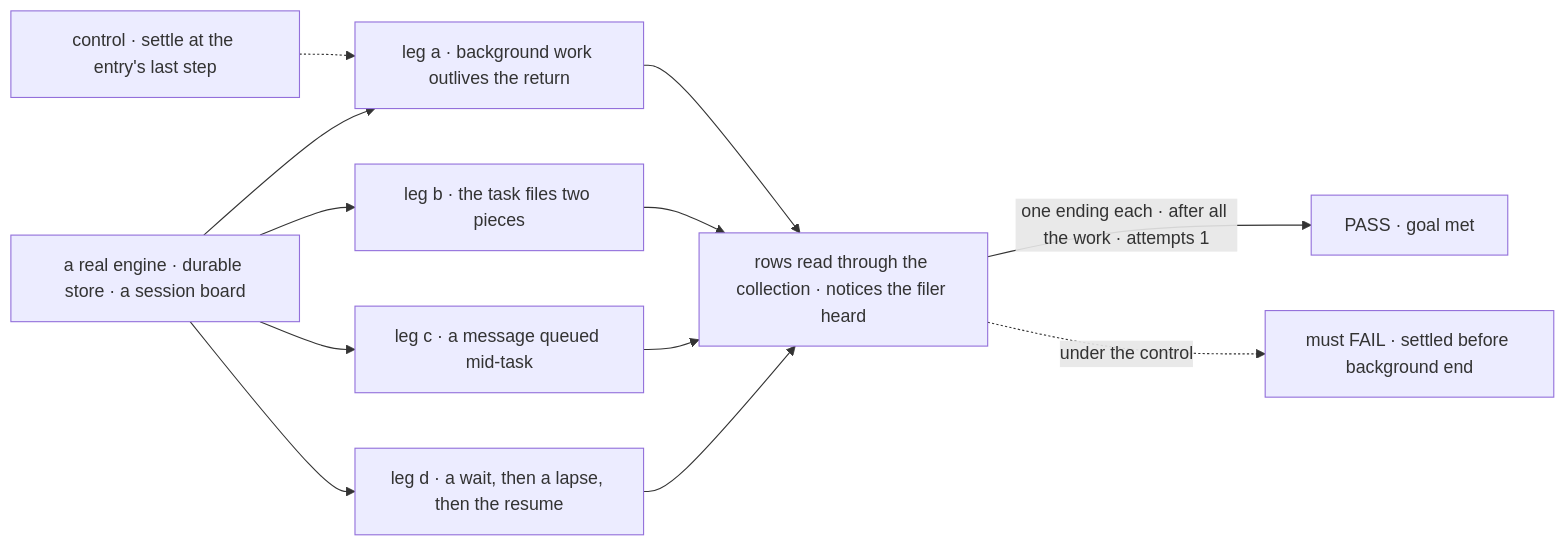
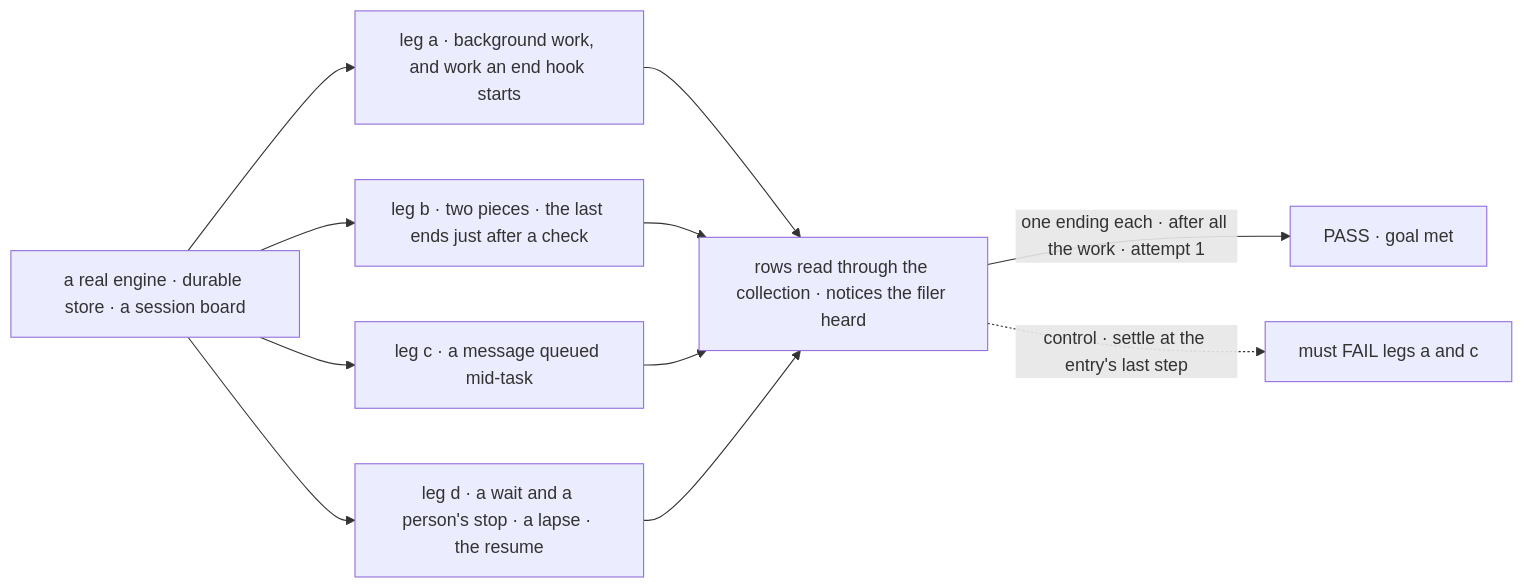
Before and after one commit to fixpoint-labs/flow-state-dev: the first of 2 diagrams in specs/issues/FIX-2077/SPEC.md, drawn with Mermaid. The commit also changed other lines of this file and 4 other files, not shown here.

First line of the commit message:
spec(FIX-2077): round 1, check after the engine's last drain; D2 decided

````diff
--- a/specs/issues/FIX-2077/SPEC.md
+++ b/specs/issues/FIX-2077/SPEC.md
@@ -29,14 +29,13 @@
 ```mermaid
 flowchart LR
-  A["a real engine · durable store · a session board"] --> L1["leg a · background work outlives the return"]
-  A --> L2["leg b · the task files two pieces"]
+  A["a real engine · durable store · a session board"] --> L1["leg a · background work, and work an end hook starts"]
+  A --> L2["leg b · two pieces · the last ends just after a check"]
   A --> L3["leg c · a message queued mid-task"]
-  A --> L4["leg d · a wait, then a lapse, then the resume"]
+  A --> L4["leg d · a wait and a person's stop · a lapse · the resume"]
   L1 --> R["rows read through the collection · notices the filer heard"]
   L2 --> R
   L3 --> R
   L4 --> R
-  R -->|"one ending each · after all the work · attempts 1"| P["PASS · goal met"]
-  C["control · settle at the entry's last step"] -.-> L1
-  R -.->|"under the control"| F["must FAIL · settled before background end"]
+  R -->|"one ending each · after all the work · attempt 1"| P["PASS · goal met"]
+  R -.->|"control · settle at the entry's last step"| F["must FAIL legs a and c"]
 ```
````
